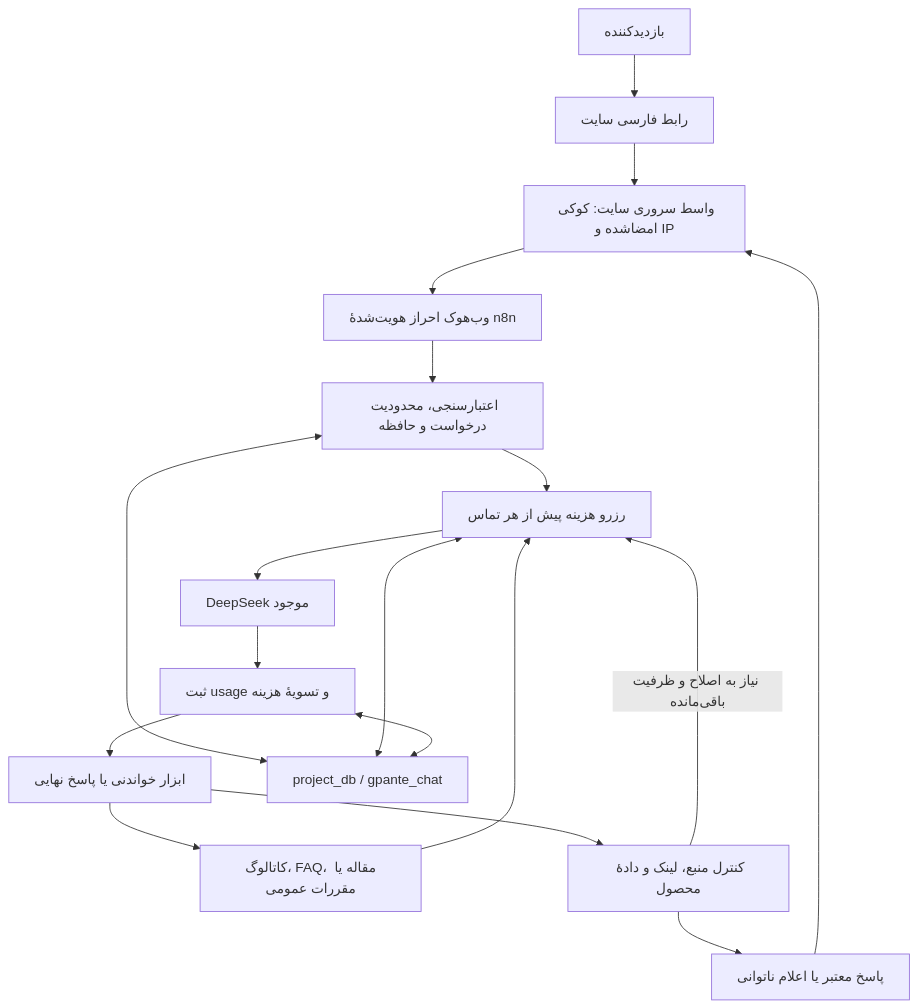
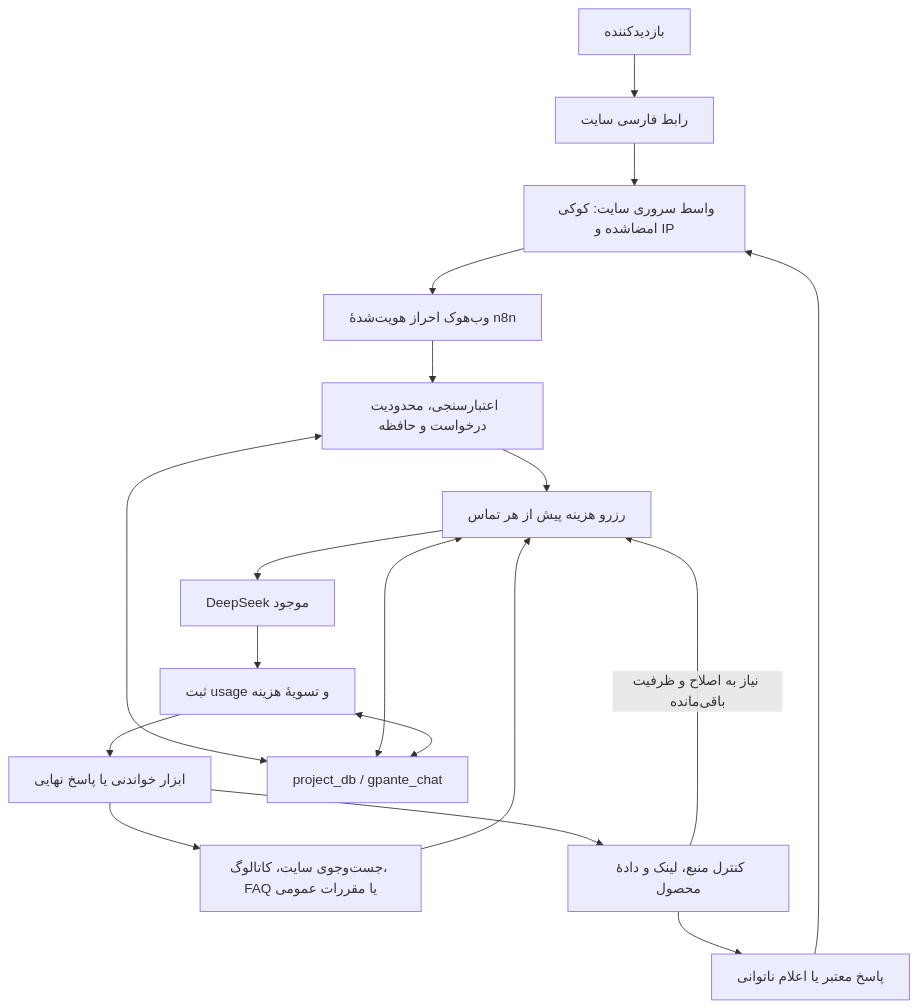
One commit to vahid162/n8n-chat-gpante.com changed the diagram in README.md. Above: the diagram before and after it, drawn with Mermaid. The commit also changed other lines of this file and 4 other files, not shown here.

````diff
--- a/README.md
+++ b/README.md
@@ -60,20 +60,20 @@
 ```mermaid
 flowchart TD
     A["بازدیدکننده"] --> B["رابط فارسی سایت"]
     B --> C["واسط سروری سایت: کوکی امضاشده و IP"]
     C --> D["وب‌هوک احراز هویت‌شدهٔ n8n"]
     D --> E["اعتبارسنجی، محدودیت درخواست و حافظه"]
     E --> F["رزرو هزینه پیش از هر تماس"]
     F --> G["DeepSeek موجود"]
     G --> H["ثبت usage و تسویهٔ هزینه"]
     H --> I["ابزار خواندنی یا پاسخ نهایی"]
-    I --> J["کاتالوگ، FAQ، مقاله یا مقررات عمومی"]
+    I --> J["جست‌وجوی سایت، کاتالوگ، FAQ یا مقررات عمومی"]
     J --> F
     I --> L["کنترل منبع، لینک و دادهٔ محصول"]
     L -->|"نیاز به اصلاح و ظرفیت باقی‌مانده"| F
     L --> M["پاسخ معتبر یا اعلام ناتوانی"]
     M --> C
     E <--> K["project_db / gpante_chat"]
     F <--> K
     H <--> K
 ```
````
